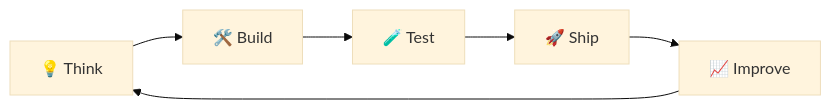
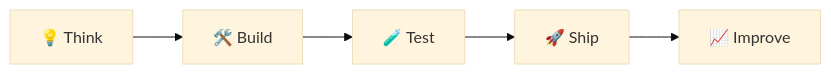
The second of 2 diagrams in README.md (ramgopal99/ramgopal99), drawn with Mermaid (base theme) before and after one commit. The commit also changed other lines of this file, not shown here.

````diff
--- a/README.md
+++ b/README.md
@@ -178,8 +114,4 @@
 ```mermaid
 flowchart LR
-    A[💡 Think] --> B[🛠️ Build]
-    B --> C[🧪 Test]
-    C --> D[🚀 Ship]
-    D --> E[📈 Improve]
-    E --> A
+    A[💡 Think] --> B[🛠️ Build] --> C[🧪 Test] --> D[🚀 Ship] --> E[📈 Improve]
 ```
````
